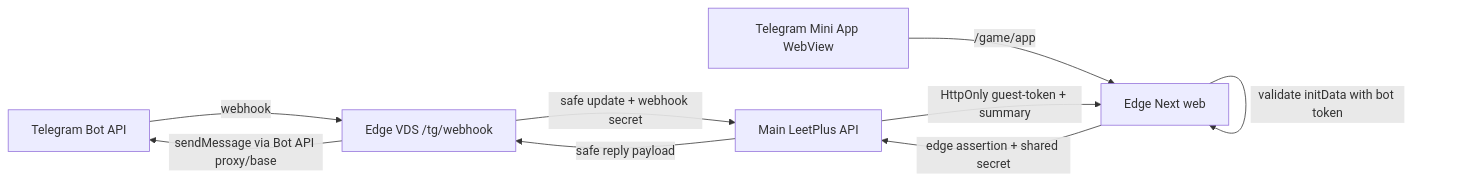
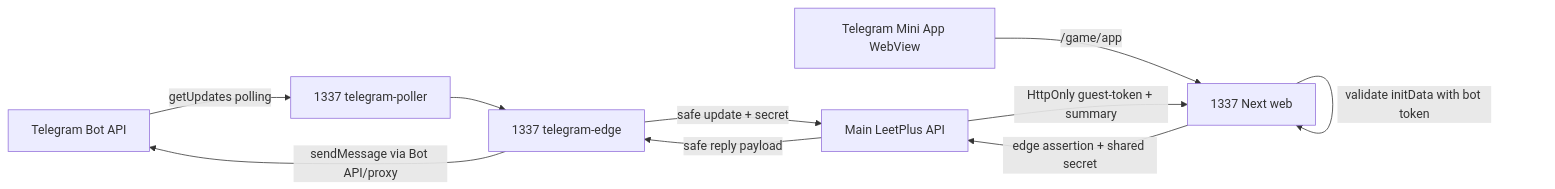
Before and after one commit to boozik3412/leetplus: the diagram in docs/deployment/telegram-edge-vds/README.md, drawn with Mermaid. The commit also changed other lines of this file and 15 other files, not shown here.

Commit message:
feat: document telegram polling edge

````diff
--- a/docs/deployment/telegram-edge-vds/README.md
+++ b/docs/deployment/telegram-edge-vds/README.md
@@ -27,11 +33,12 @@
 ```mermaid
 flowchart LR
-  TG["Telegram Bot API"] -->|webhook| EDGE["Edge VDS /tg/webhook"]
-  EDGE -->|safe update + webhook secret| API["Main LeetPlus API"]
-  API -->|safe reply payload| EDGE
-  EDGE -->|sendMessage via Bot API proxy/base| TG
-  TGAPP["Telegram Mini App WebView"] -->|/game/app| EDGEWEB["Edge Next web"]
-  EDGEWEB -->|validate initData with bot token| EDGEWEB
-  EDGEWEB -->|edge assertion + shared secret| API
-  API -->|HttpOnly guest-token + summary| EDGEWEB
+  TG["Telegram Bot API"] -->|"getUpdates polling"| POLLER["1337 telegram-poller"]
+  POLLER --> EDGE["1337 telegram-edge"]
+  EDGE -->|"safe update + secret"| API["Main LeetPlus API"]
+  API -->|"safe reply payload"| EDGE
+  EDGE -->|"sendMessage via Bot API/proxy"| TG
+  TGAPP["Telegram Mini App WebView"] -->|"/game/app"| EDGEWEB["1337 Next web"]
+  EDGEWEB -->|"validate initData with bot token"| EDGEWEB
+  EDGEWEB -->|"edge assertion + shared secret"| API
+  API -->|"HttpOnly guest-token + summary"| EDGEWEB
 ```
````
